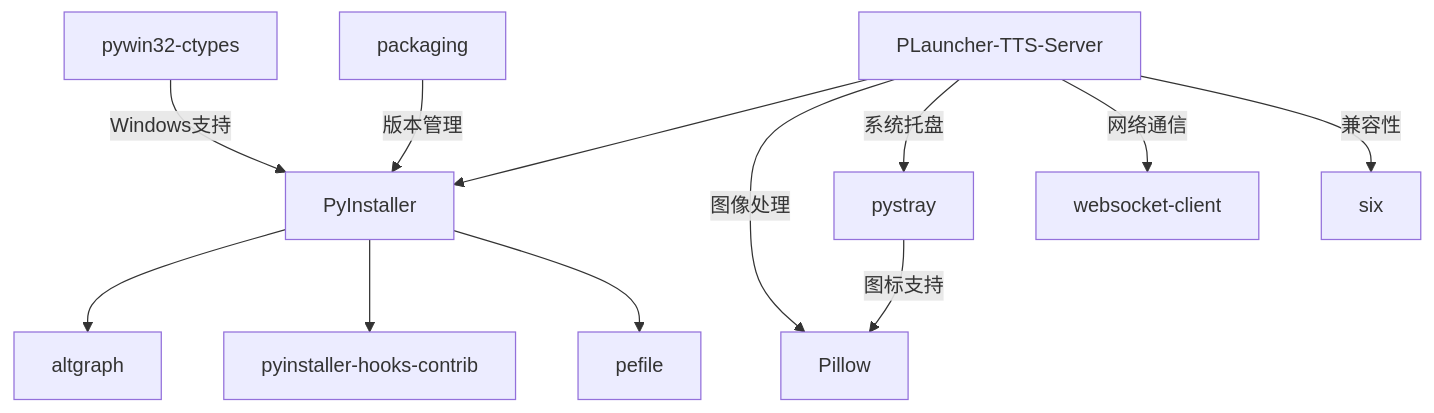
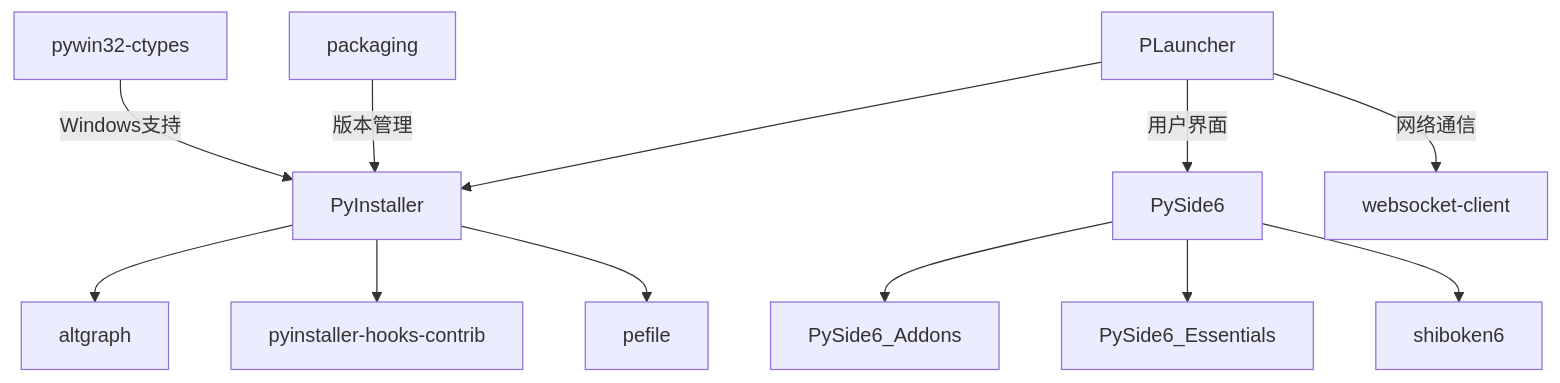
The diagram in docs/Python-工具链.md (csy214-beep/Pelr), drawn with Mermaid before and after one commit. The commit also changed other lines of this file and 5 other files, not shown here.

````diff
--- a/docs/Python-工具链.md
+++ b/docs/Python-工具链.md
@@ -102,14 +86,14 @@
 ```mermaid
 graph TD
-    PLauncher-TTS-Server--> PyInstaller
+    PLauncher --> PyInstaller
     PyInstaller --> altgraph
     PyInstaller --> pyinstaller-hooks-contrib
     PyInstaller --> pefile
     pywin32-ctypes -->|Windows支持| PyInstaller
     packaging -->|版本管理| PyInstaller
-    PLauncher-TTS-Server-->|图像处理| Pillow
-    PLauncher-TTS-Server-->|系统托盘| pystray
-    pystray -->|图标支持| Pillow
-   PLauncher-TTS-Server-->|网络通信| websocket-client
-    PLauncher-TTS-Server-->|兼容性| six
+    PLauncher -->|用户界面| PySide6
+    PySide6 --> PySide6_Addons
+    PySide6 --> PySide6_Essentials
+    PySide6 --> shiboken6
+    PLauncher -->|网络通信| websocket-client
 ```
````
